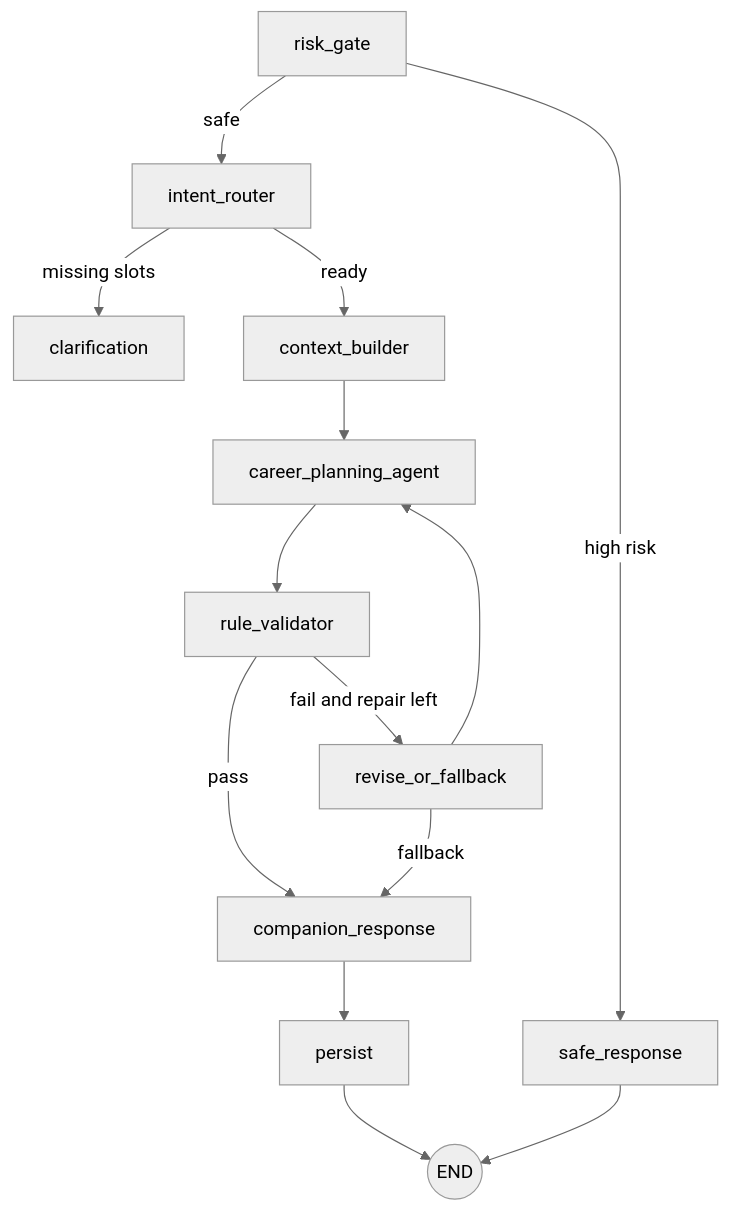
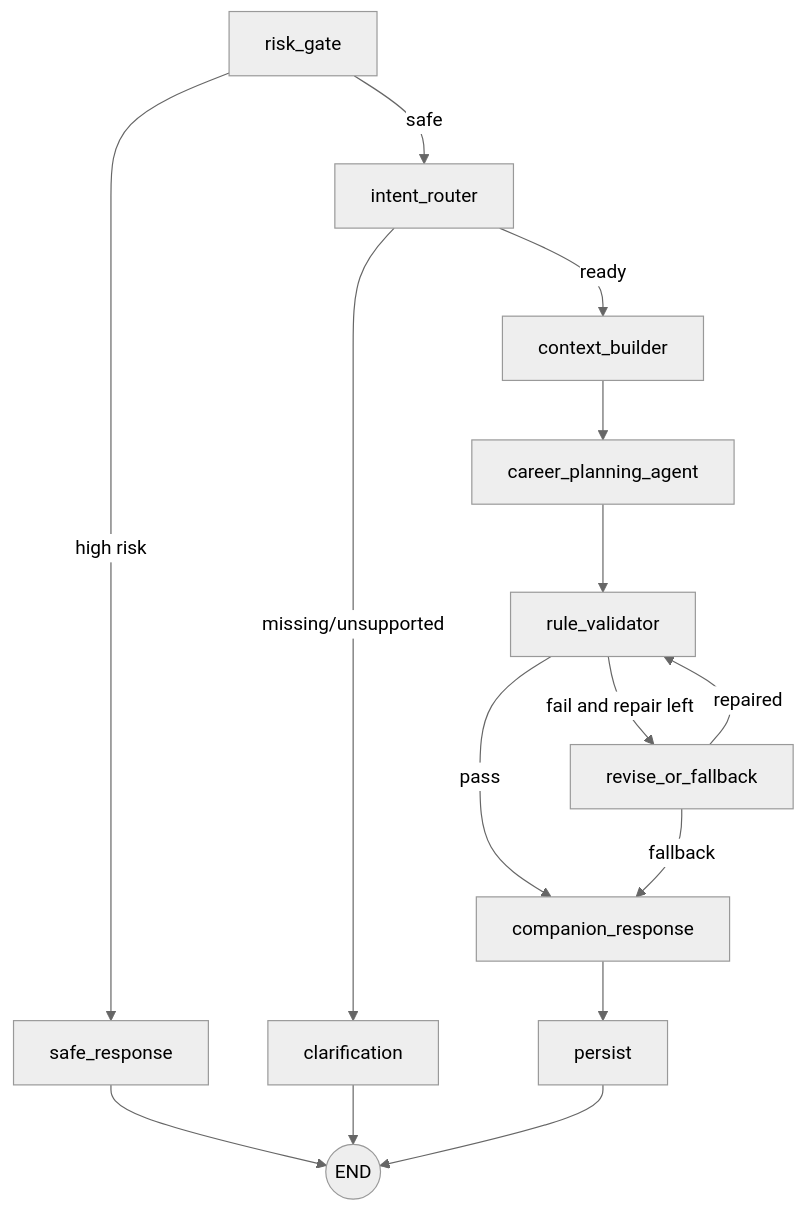
Before and after one commit to lyyjsr/career-planning-buddy: the second of 2 diagrams in docs/architecture/tdd.md, drawn with Mermaid (neutral theme). The commit also changed other lines of this file and 73 other files, not shown here.

````diff
--- a/docs/architecture/tdd.md
+++ b/docs/architecture/tdd.md
@@ -70,16 +81,17 @@
 ```mermaid
 flowchart TD
     A[risk_gate] -->|high risk| S[safe_response]
     A -->|safe| I[intent_router]
-    I -->|missing slots| C[clarification]
+    I -->|missing/unsupported| C[clarification]
     I -->|ready| B[context_builder]
     B --> P[career_planning_agent]
     P --> V[rule_validator]
     V -->|pass| M[companion_response]
     V -->|fail and repair left| R[revise_or_fallback]
-    R --> P
+    R -->|repaired| V
     R -->|fallback| M
     M --> X[persist]
     X --> END((END))
     S --> END
+    C --> END
 ```
````
